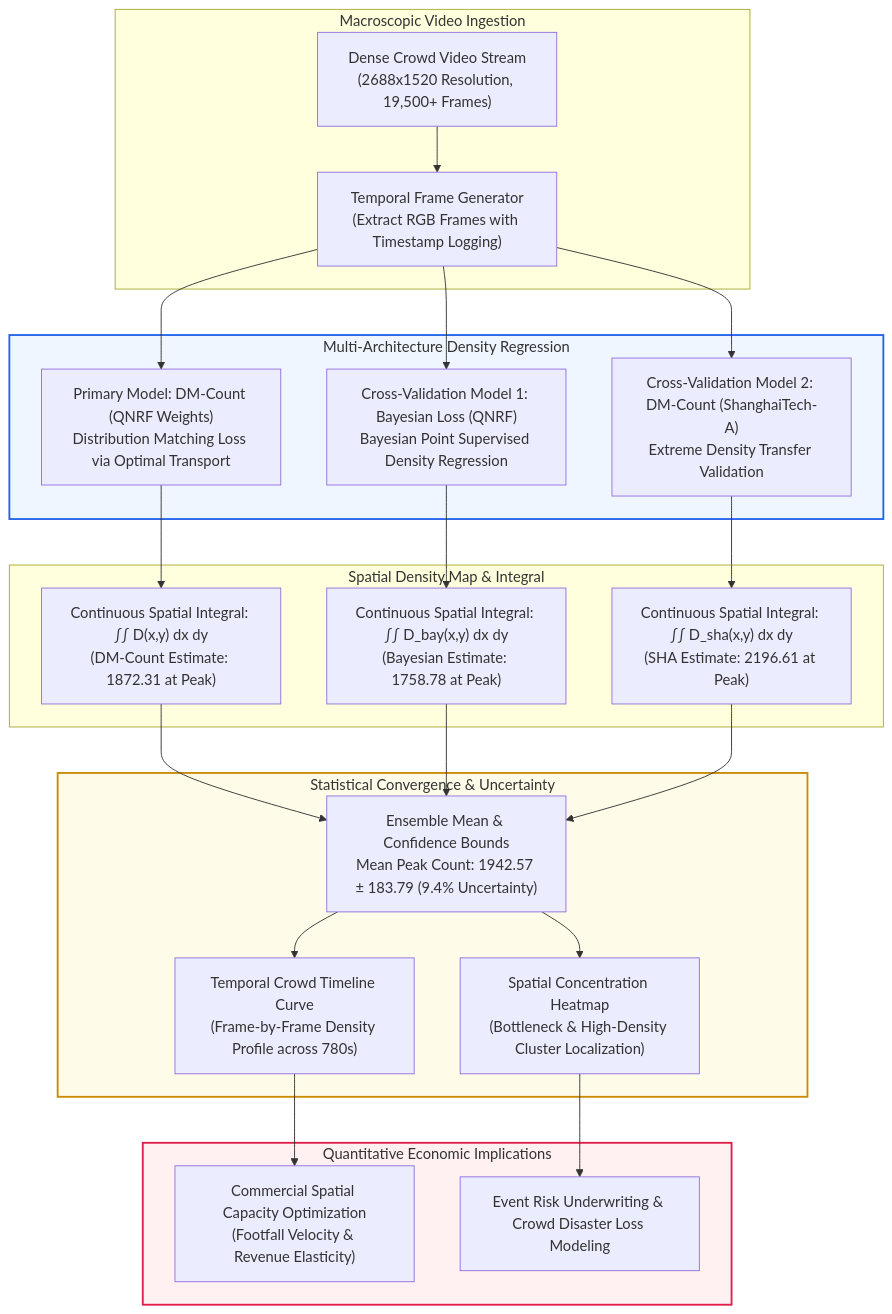
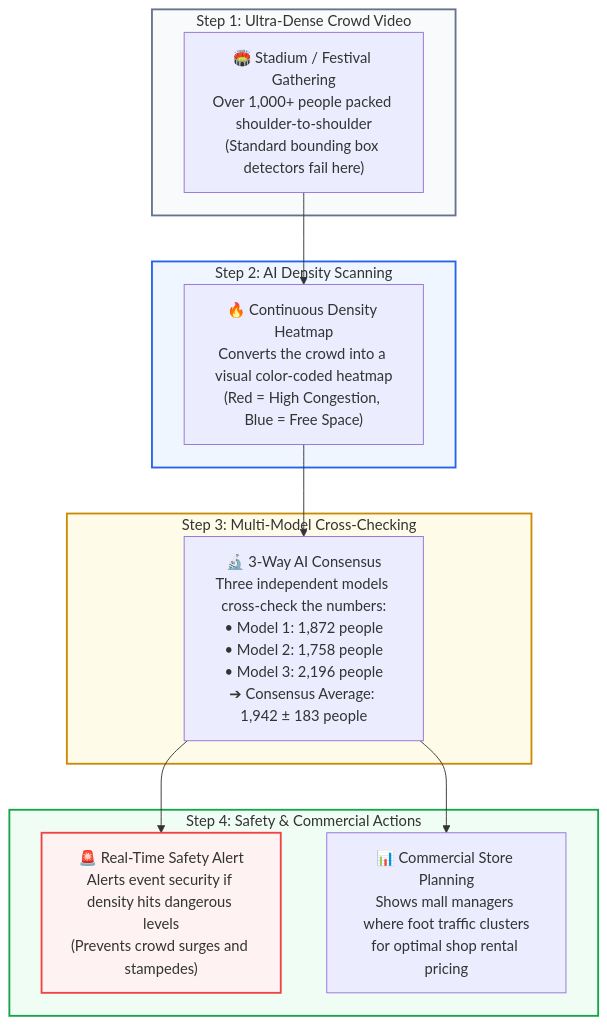
The diagram in diagrams/crowd_density_pipeline.mermaid (datawithAsif/Video-Analytics-Architecture-Portfolio), drawn with Mermaid before and after one commit. The commit also changed 9 other files, not shown here.

Commit message:
docs: redesign diagrams into intuitive, recruiter-friendly flowcharts

```diff
--- a/diagrams/crowd_density_pipeline.mermaid
+++ b/diagrams/crowd_density_pipeline.mermaid
@@ -1,51 +1,28 @@
 flowchart TD
-    subgraph Video_Input ["Macroscopic Video Ingestion"]
-        INPUT["Dense Crowd Video Stream\n(2688x1520 Resolution, 19,500+ Frames)"]
-        FRAME_GEN["Temporal Frame Generator\n(Extract RGB Frames with Timestamp Logging)"]
-        INPUT --> FRAME_GEN
+    subgraph Step1 ["Step 1: Ultra-Dense Crowd Video"]
+        INPUT["🏟️ Stadium / Festival Gathering\nOver 1,000+ people packed shoulder-to-shoulder\n(Standard bounding box detectors fail here)"]
     end
 
-    subgraph Density_Regression_Tier ["Multi-Architecture Density Regression"]
-        DM["Primary Model: DM-Count (QNRF Weights)\nDistribution Matching Loss via Optimal Transport"]
-        BAY["Cross-Validation Model 1: Bayesian Loss (QNRF)\nBayesian Point Supervised Density Regression"]
-        SHA["Cross-Validation Model 2: DM-Count (ShanghaiTech-A)\nExtreme Density Transfer Validation"]
-        
-        FRAME_GEN --> DM
-        FRAME_GEN --> BAY
-        FRAME_GEN --> SHA
+    subgraph Step2 ["Step 2: AI Density Scanning"]
+        HEATMAP["🔥 Continuous Density Heatmap\nConverts the crowd into a visual color-coded heatmap\n(Red = High Congestion, Blue = Free Space)"]
+        INPUT --> HEATMAP
     end
 
-    subgraph Density_Map_Integration ["Spatial Density Map & Integral"]
-        INT_DM["Continuous Spatial Integral: ∫∫ D(x,y) dx dy\n(DM-Count Estimate: 1872.31 at Peak)"]
-        INT_BAY["Continuous Spatial Integral: ∫∫ D_bay(x,y) dx dy\n(Bayesian Estimate: 1758.78 at Peak)"]
-        INT_SHA["Continuous Spatial Integral: ∫∫ D_sha(x,y) dx dy\n(SHA Estimate: 2196.61 at Peak)"]
-        
-        DM --> INT_DM
-        BAY --> INT_BAY
-        SHA --> INT_SHA
+    subgraph Step3 ["Step 3: Multi-Model Cross-Checking"]
+        CHECK["🔬 3-Way AI Consensus\nThree independent models cross-check the numbers:\n• Model 1: 1,872 people\n• Model 2: 1,758 people\n• Model 3: 2,196 people\n➔ Consensus Average: 1,942 ± 183 people"]
+        HEATMAP --> CHECK
     end
 
-    subgraph Statistical_Synthesis ["Statistical Convergence & Uncertainty"]
-        ENS["Ensemble Mean & Confidence Bounds\nMean Peak Count: 1942.57 ± 183.79 (9.4% Uncertainty)"]
-        TIMELINE["Temporal Crowd Timeline Curve\n(Frame-by-Frame Density Profile across 780s)"]
-        HEATMAP["Spatial Concentration Heatmap\n(Bottleneck & High-Density Cluster Localization)"]
+    subgraph Step4 ["Step 4: Safety & Commercial Actions"]
+        SAFETY["🚨 Real-Time Safety Alert\nAlerts event security if density hits dangerous levels\n(Prevents crowd surges and stampedes)"]
+        COMMERCIAL["📊 Commercial Store Planning\nShows mall managers where foot traffic clusters\nfor optimal shop rental pricing"]
         
-        INT_DM --> ENS
-        INT_BAY --> ENS
-        INT_SHA --> ENS
-        
-        ENS --> TIMELINE
-        ENS --> HEATMAP
+        CHECK --> SAFETY
+        CHECK --> COMMERCIAL
     end
 
-    subgraph Spatial_Economics ["Quantitative Economic Implications"]
-        CAPACITY["Commercial Spatial Capacity Optimization\n(Footfall Velocity & Revenue Elasticity)"]
-        INSURANCE["Event Risk Underwriting & Crowd Disaster Loss Modeling"]
-        
-        TIMELINE --> CAPACITY
-        HEATMAP --> INSURANCE
-    end
-
-    style Density_Regression_Tier fill:#eff6ff,stroke:#2563eb,stroke-width:2px
-    style Statistical_Synthesis fill:#fefce8,stroke:#ca8a04,stroke-width:2px
-    style Spatial_Economics fill:#fff1f2,stroke:#e11d48,stroke-width:2px
+    style Step1 fill:#f8fafc,stroke:#64748b,stroke-width:2px
+    style Step2 fill:#eff6ff,stroke:#2563eb,stroke-width:2px
+    style Step3 fill:#fefce8,stroke:#ca8a04,stroke-width:2px
+    style Step4 fill:#f0fdf4,stroke:#16a34a,stroke-width:2px
+    style SAFETY fill:#fef2f2,stroke:#ef4444,stroke-width:2px
```
